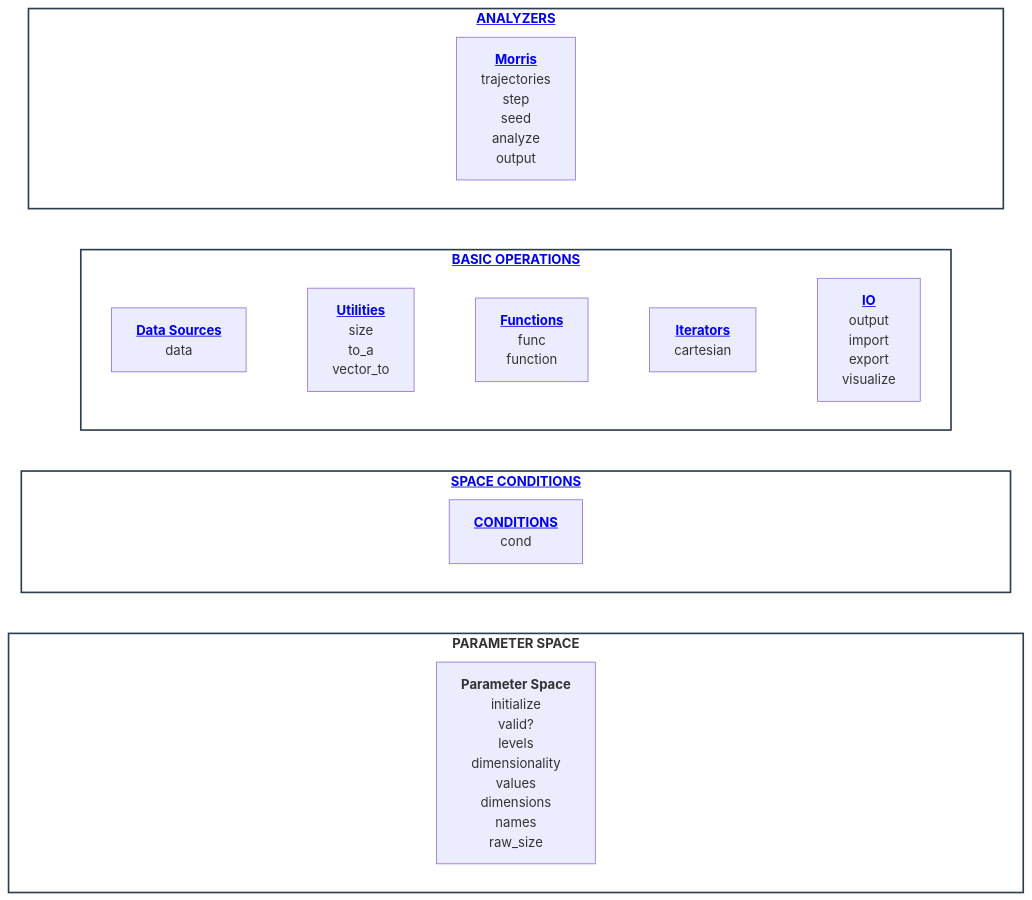
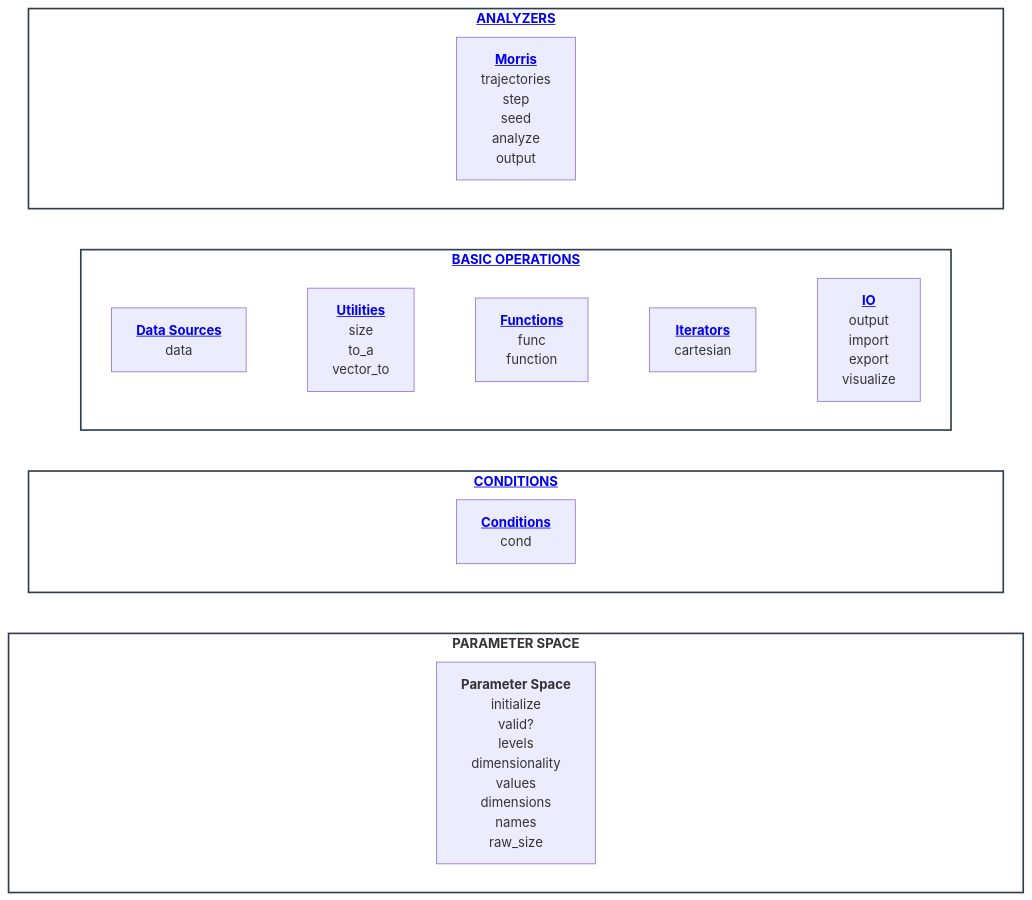
Before and after one commit to Yuri-Rassokhin/flex-cartesian: the diagram in docs/api/api.md, drawn with Mermaid. The commit also changed other lines of this file, not shown here.

Commit message:
updated: README

````diff
--- a/docs/api/api.md
+++ b/docs/api/api.md
@@ -6,31 +6,31 @@
 ```mermaid
 flowchart TB
     classDef layer fill:#ffffff,stroke:#2c3e50,stroke-width:2px;
     classDef ghost fill:transparent,stroke:transparent,color:transparent;
 
     subgraph Analyzers ["<a href='https://github.com/Yuri-Rassokhin/flex-cartesian/blob/main/docs/api/api.md#analyzers'><b>ANALYZERS</b></a>"]
         direction LR
         gA1["xxxxxxxxxxxxxxxxxxxxxxxxxxxxxxxxxxxxxxxx"]:::ghost ~~~ M["<a href='https://github.com/Yuri-Rassokhin/flex-cartesian/blob/main/docs/api/api.md#morris-analyzer'><b>Morris</b></a><br/>trajectories<br/>step<br/>seed<br/>analyze<br/>output"] ~~~ gA2["xxxxxxxxxxxxxxxxxxxxxxxxxxxxxxxxxxxxxxxx"]:::ghost
     end
 
     subgraph Core ["<a href='https://github.com/Yuri-Rassokhin/flex-cartesian/blob/main/docs/api/api.md#basic-operations'><b>BASIC OPERATIONS</b></a>"]
         direction LR
         DS["<a href='https://github.com/Yuri-Rassokhin/flex-cartesian/blob/main/docs/api/api.md#data-sources'><b>Data Sources</b></a><br/>data"] ~~~ UT["<a href='https://github.com/Yuri-Rassokhin/flex-cartesian/blob/main/docs/api/api.md#utilities'><b>Utilities</b></a><br/>size<br/>to_a<br/>vector_to"] ~~~ FN["<a href='https://github.com/Yuri-Rassokhin/flex-cartesian/blob/main/docs/api/api.md#functions'><b>Functions</b></a><br/>func<br/>function"] ~~~ IT["<a href='https://github.com/Yuri-Rassokhin/flex-cartesian/blob/main/docs/api/api.md#iterators'><b>Iterators</b></a><br/>cartesian"] ~~~ IO["<a href='https://github.com/Yuri-Rassokhin/flex-cartesian/blob/main/docs/api/api.md#io'><b>IO</b></a><br/>output<br/>import<br/>export<br/>visualize"]
     end
 
-    subgraph Cond ["<a href='https://github.com/Yuri-Rassokhin/flex-cartesian/blob/main/docs/api/api.md#space-conditions'><b>SPACE CONDITIONS</b></a>"]
+    subgraph Cond ["<a href='https://github.com/Yuri-Rassokhin/flex-cartesian/blob/main/docs/api/api.md#conditions'><b>CONDITIONS</b></a>"]
         direction LR
-        gC1["xxxxxxxxxxxxxxxxxxxxxxxxxxxxxxxxxxxxxxxx"]:::ghost ~~~ C["<a href='https://github.com/Yuri-Rassokhin/flex-cartesian/blob/main/docs/api/api.md#conditions'><b>CONDITIONS</b></a><br/>cond"] ~~~ gC2["xxxxxxxxxxxxxxxxxxxxxxxxxxxxxxxxxxxxxxxx"]:::ghost
+        gC1["xxxxxxxxxxxxxxxxxxxxxxxxxxxxxxxxxxxxxxxx"]:::ghost ~~~ C["<a href='https://github.com/Yuri-Rassokhin/flex-cartesian/blob/main/docs/api/api.md#conditions'><b>Conditions</b></a><br/>cond"] ~~~ gC2["xxxxxxxxxxxxxxxxxxxxxxxxxxxxxxxxxxxxxxxx"]:::ghost
     end
 
     subgraph Params ["<b>PARAMETER SPACE</b>"]
         direction LR
         gP1["xxxxxxxxxxxxxxxxxxxxxxxxxxxxxxxxxxxxxxxx"]:::ghost ~~~ PS["<b>Parameter Space</b><br/>initialize<br/>valid?<br/>levels<br/>dimensionality<br/>values<br/>dimensions<br/>names<br/>raw_size"] ~~~ gP2["xxxxxxxxxxxxxxxxxxxxxxxxxxxxxxxxxxxxxxxx"]:::ghost
     end
 
     Analyzers ~~~ Core
     Core ~~~ Cond
     Cond ~~~ Params
 
     class Analyzers,Core,Cond,Params layer;
 ```
````
